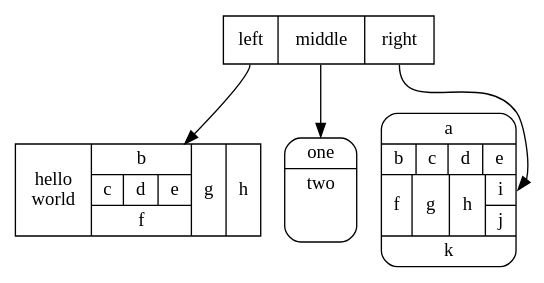
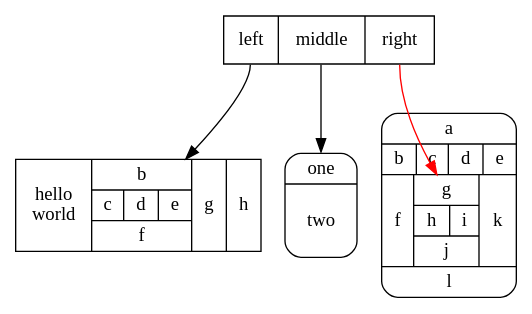
Before and after one commit to GiovaniPM/Graphs: the diagram in Exemplos/record2.gv, drawn with Graphviz.

Commit message:
Giovani_Mesquita(RBST10164) 200317104439

```diff
--- a/Exemplos/record2.gv
+++ b/Exemplos/record2.gv
@@ -1,10 +1,10 @@
 digraph structs {
 	node[shape=record]
 	struct1 [label="<f0> left|<f1> middle|<f2> right"];
-	struct2 [label="{<f0> one|<f1> two\n\n\n}" shape=Mrecord];
+	struct2 [label="{<f0> one|<f1> \ntwo\n\n}" shape=Mrecord];
 	struct3 [label="hello\nworld |{ b |{c|<here> d|e}| f}| g | h"];
-	struct4 [label="{a|{b|c|d|e}|{f|g|h|{<f0> i|j}}|k}" shape=Mrecord];
+	struct4 [label="{a|{b|c|d|e}|{f|{<f0>g|{h|i}|j}|k}|l}" shape=Mrecord];
 	struct1:f1 -> struct2:f0;
 	struct1:f0 -> struct3:f1;
-	struct1:f2 -> struct4:f0;
+	struct1:f2 -> struct4:f0 [color=red];
 }
```
